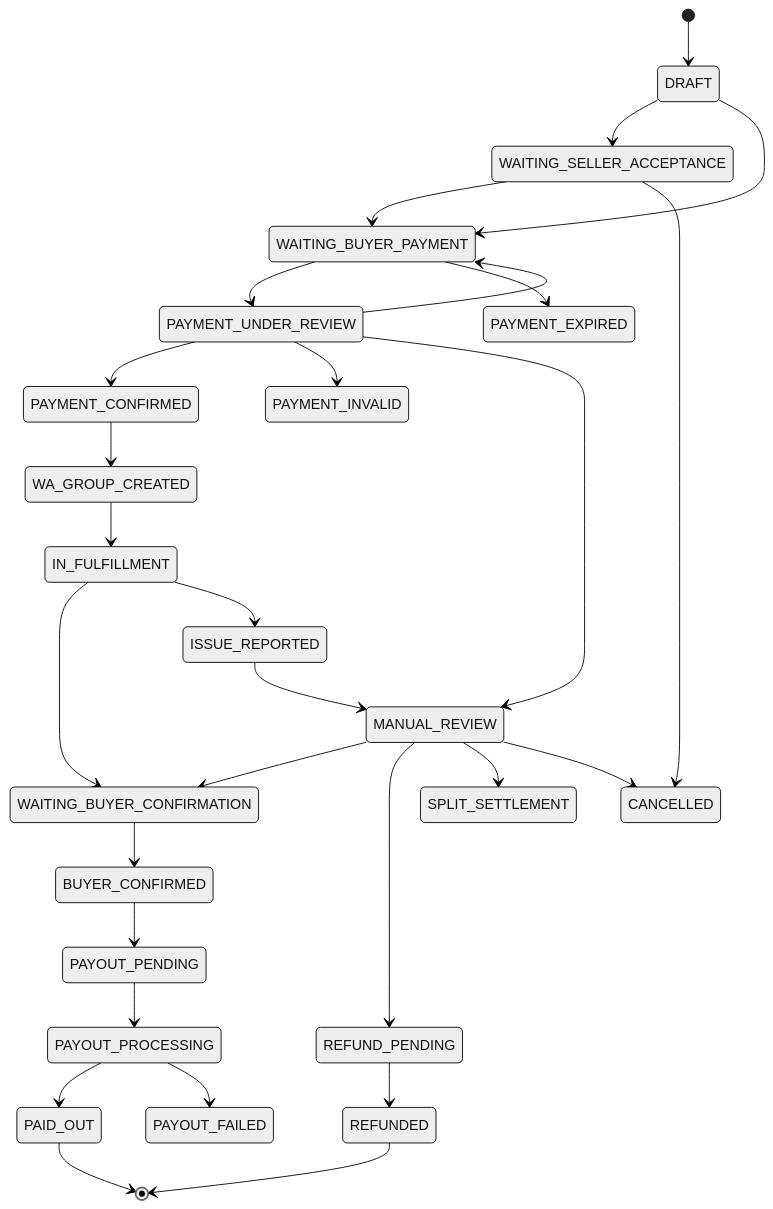
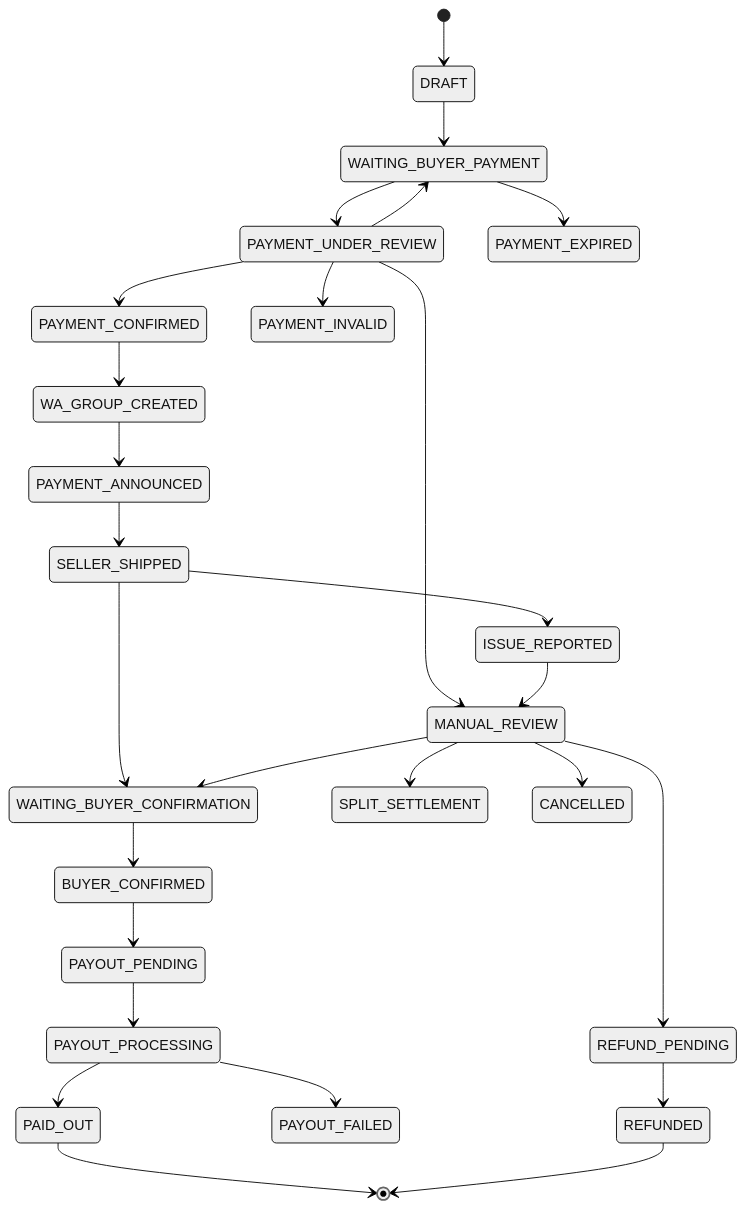
Before and after one commit to nunutech40/bayaraman: the ninth of 9 diagrams in TRD.md, drawn with Mermaid (neutral theme). The commit also changed other lines of this file and 4 other files, not shown here.

Commit message:
Align docs with latest manual flow

````diff
--- a/TRD.md
+++ b/TRD.md
@@ -243,31 +239,29 @@
 ```mermaid
 stateDiagram-v2
   [*] --> DRAFT
-  DRAFT --> WAITING_SELLER_ACCEPTANCE
   DRAFT --> WAITING_BUYER_PAYMENT
-  WAITING_SELLER_ACCEPTANCE --> WAITING_BUYER_PAYMENT
-  WAITING_SELLER_ACCEPTANCE --> CANCELLED
   WAITING_BUYER_PAYMENT --> PAYMENT_UNDER_REVIEW
   WAITING_BUYER_PAYMENT --> PAYMENT_EXPIRED
   PAYMENT_UNDER_REVIEW --> PAYMENT_CONFIRMED
   PAYMENT_UNDER_REVIEW --> WAITING_BUYER_PAYMENT
   PAYMENT_UNDER_REVIEW --> PAYMENT_INVALID
   PAYMENT_UNDER_REVIEW --> MANUAL_REVIEW
   PAYMENT_CONFIRMED --> WA_GROUP_CREATED
-  WA_GROUP_CREATED --> IN_FULFILLMENT
-  IN_FULFILLMENT --> WAITING_BUYER_CONFIRMATION
-  IN_FULFILLMENT --> ISSUE_REPORTED
+  WA_GROUP_CREATED --> PAYMENT_ANNOUNCED
+  PAYMENT_ANNOUNCED --> SELLER_SHIPPED
+  SELLER_SHIPPED --> WAITING_BUYER_CONFIRMATION
+  SELLER_SHIPPED --> ISSUE_REPORTED
   ISSUE_REPORTED --> MANUAL_REVIEW
   MANUAL_REVIEW --> WAITING_BUYER_CONFIRMATION
   MANUAL_REVIEW --> REFUND_PENDING
   MANUAL_REVIEW --> SPLIT_SETTLEMENT
   MANUAL_REVIEW --> CANCELLED
   WAITING_BUYER_CONFIRMATION --> BUYER_CONFIRMED
   BUYER_CONFIRMED --> PAYOUT_PENDING
   PAYOUT_PENDING --> PAYOUT_PROCESSING
   PAYOUT_PROCESSING --> PAID_OUT
   PAYOUT_PROCESSING --> PAYOUT_FAILED
   REFUND_PENDING --> REFUNDED
   PAID_OUT --> [*]
   REFUNDED --> [*]
 ```
````
